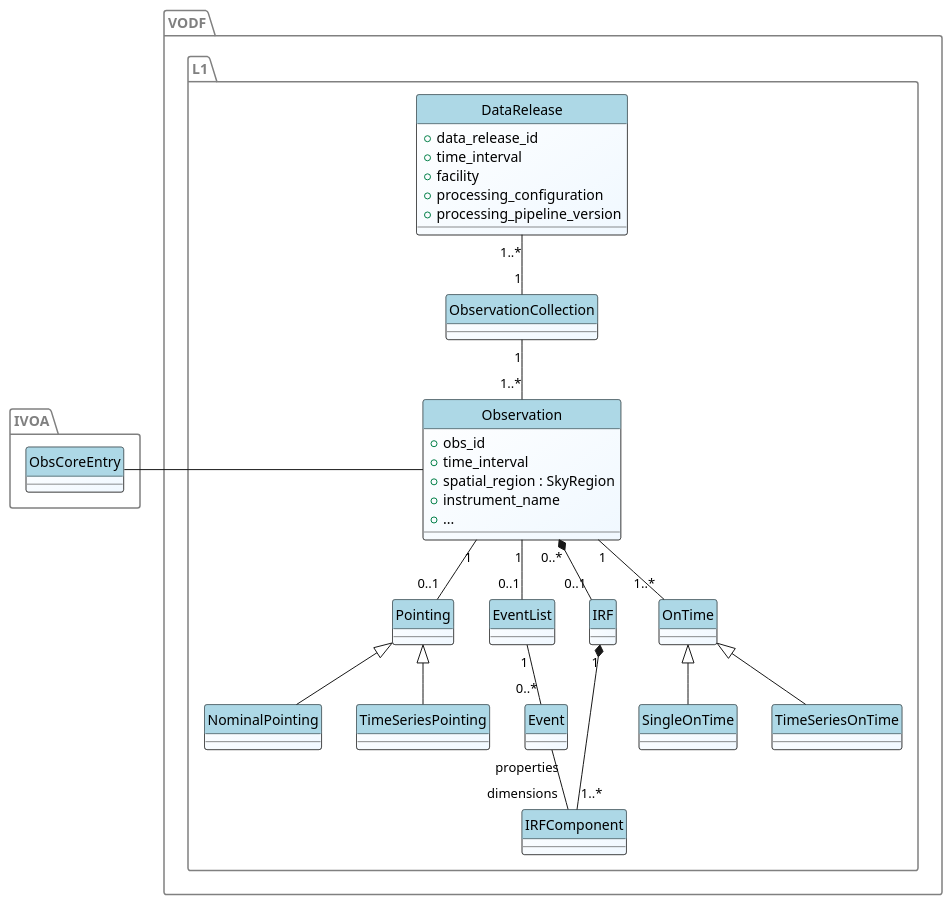
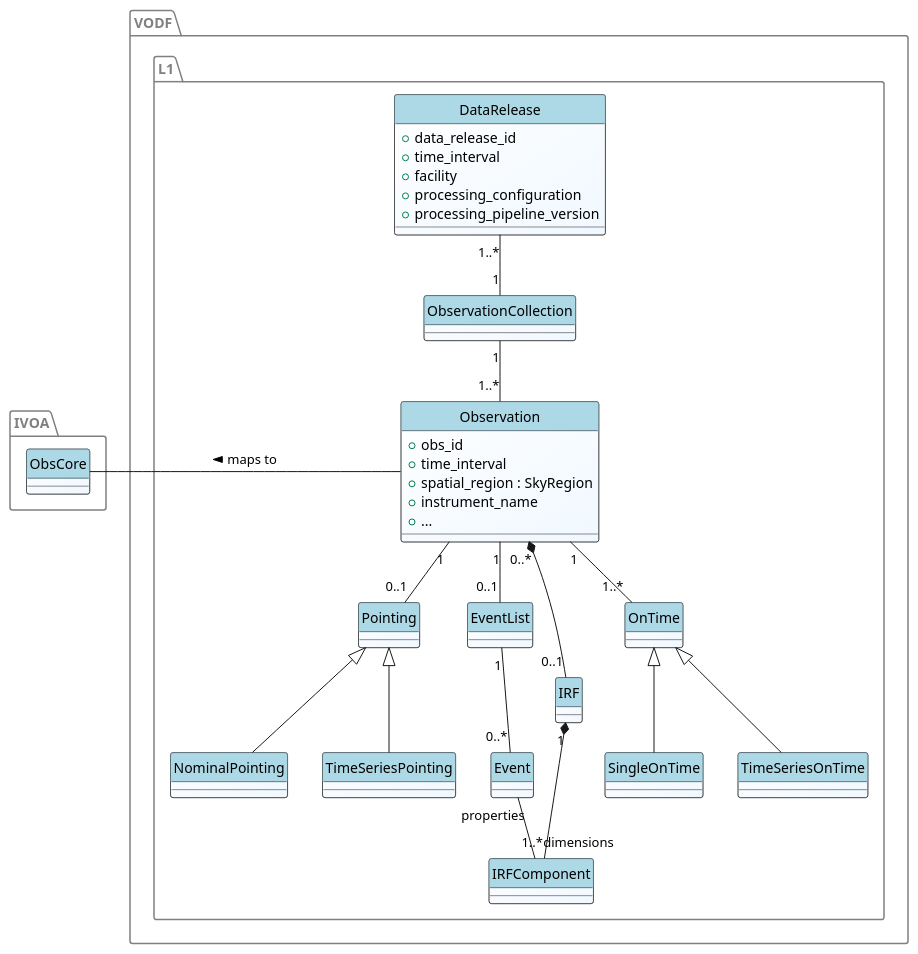
One commit to VODF/vodf-docs changed the diagram in source/specification/level-1/level-1.plantuml. Above: the diagram before and after it, drawn with PlantUML.

Commit message:
improve mapping to ObsCore

```diff
--- a/source/specification/level-1/level-1.plantuml
+++ b/source/specification/level-1/level-1.plantuml
@@ -1,59 +1,60 @@
 @startuml
 hide circles
 skinparam ClassBackgroundColor white/aliceblue
 skinparam ClassHeaderBackgroundColor lightblue
 <style>
 package {
         LineColor gray
         FontColor gray
 }
 </style>
 
 package IVOA {
-        class ObsCoreEntry {
+        class ObsCore {
 
         }
 }
 
 package VODF.L1 {
 
         class DataRelease  {
                 + data_release_id
                 + time_interval
                 + facility
                 + processing_configuration
                 + processing_pipeline_version
         }
 
         class Observation {
                 + obs_id
                 + time_interval
                 + spatial_region : SkyRegion
                 + instrument_name
                 + ...
         }
 
         Observation "1" -- "0..1" Pointing
 
         Pointing <|-- NominalPointing
         Pointing <|-- TimeSeriesPointing
 
         DataRelease "1..*" -- "1" ObservationCollection
         ObservationCollection "1" -- "1..*" Observation
 
-        ObsCoreEntry -r- Observation
+        ObsCore -r- Observation : "maps to <"
+
         Observation  "1" -- "0..1" EventList
         Observation  "0..*" *--  "0..1" IRF
         Observation "1" --  "1..*" OnTime
         OnTime <|-- SingleOnTime
         OnTime <|-- TimeSeriesOnTime
 
         EventList "1" -- "0..*" Event
 
         Event "properties" -- "dimensions" IRFComponent
 
         IRF "1"  *-- "1..*" IRFComponent
 
 }
 
 @enduml
```
